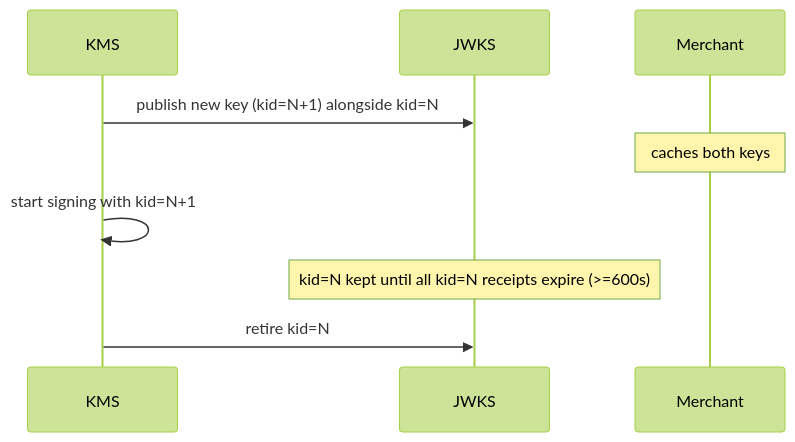
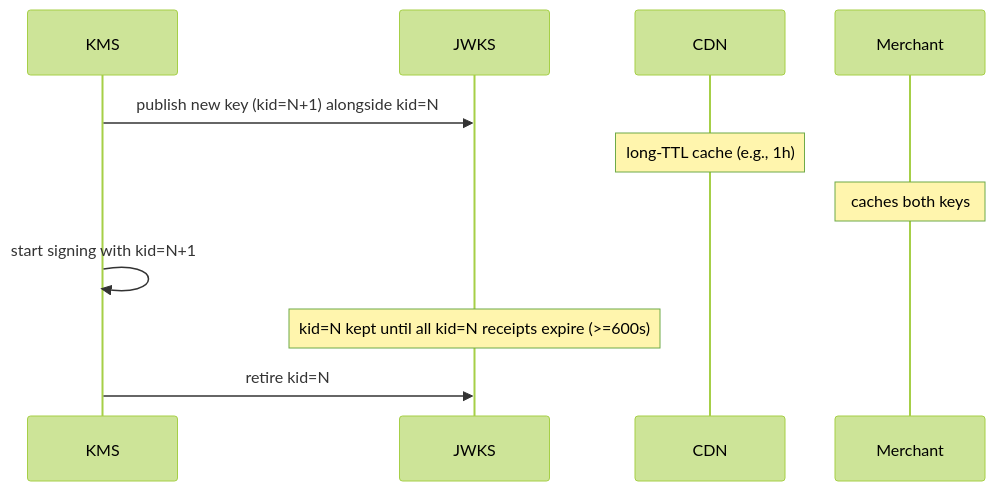
Before and after one commit to AiFinPay/AIFP-1: the sixth of 6 diagrams in docs/aifp/04-Security-and-Cryptography-Specification.md, drawn with Mermaid (forest theme). The commit also changed other lines of this file and 9 other files, not shown here.

````diff
--- a/docs/aifp/04-Security-and-Cryptography-Specification.md
+++ b/docs/aifp/04-Security-and-Cryptography-Specification.md
@@ -302,11 +341,13 @@
 ```mermaid
 sequenceDiagram
     participant KMS
     participant JWKS
+    participant CDN
     participant Merchant
     KMS->>JWKS: publish new key (kid=N+1) alongside kid=N
+    Note over CDN: long-TTL cache (e.g., 1h)
     Note over Merchant: caches both keys
     KMS->>KMS: start signing with kid=N+1
     Note over JWKS: kid=N kept until all kid=N receipts expire (>=600s)
     KMS->>JWKS: retire kid=N
 ```
````
